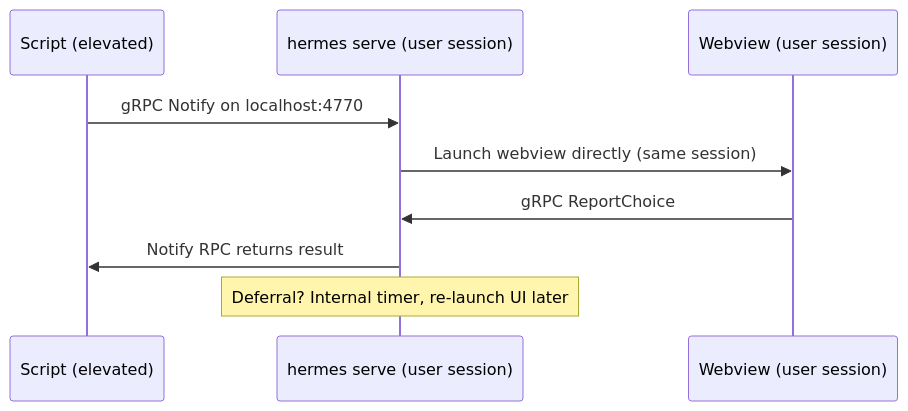
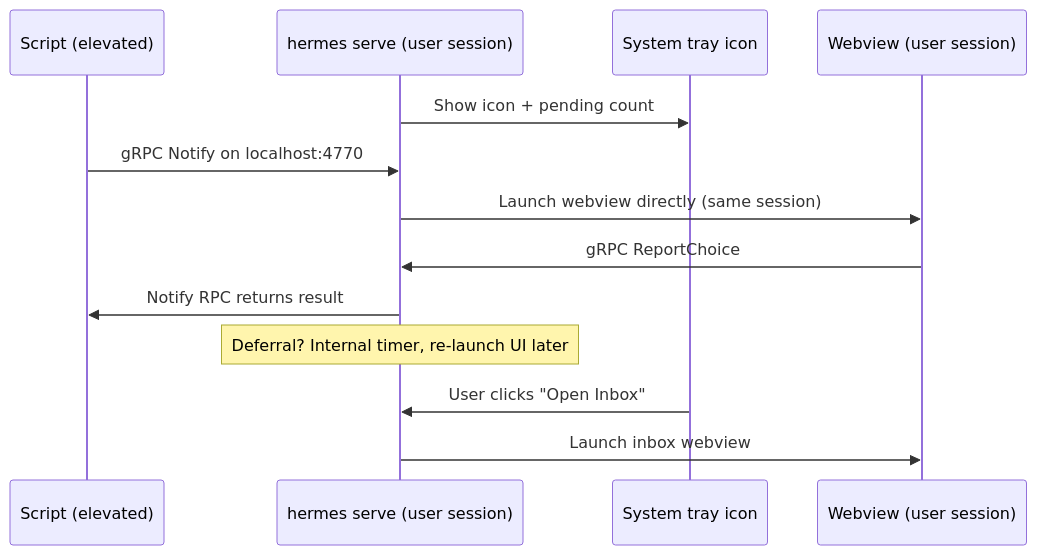
The diagram in docs/architecture.md (TsekNet/hermes), drawn with Mermaid before and after one commit. The commit also changed other lines of this file and 22 other files, not shown here.

First line of the commit message:
feat: Add system tray icon for service daemon (#9)

````diff
--- a/docs/architecture.md
+++ b/docs/architecture.md
@@ -23,12 +25,16 @@
 ```mermaid
 sequenceDiagram
     participant Script as Script (elevated)
     participant Service as hermes serve (user session)
+    participant Tray as System tray icon
     participant UI as Webview (user session)
 
+    Service->>Tray: Show icon + pending count
     Script->>Service: gRPC Notify on localhost:4770
     Service->>UI: Launch webview directly (same session)
     UI->>Service: gRPC ReportChoice
     Service->>Script: Notify RPC returns result
     Note over Service: Deferral? Internal timer, re-launch UI later
+    Tray->>Service: User clicks "Open Inbox"
+    Service->>UI: Launch inbox webview
 ```
````
